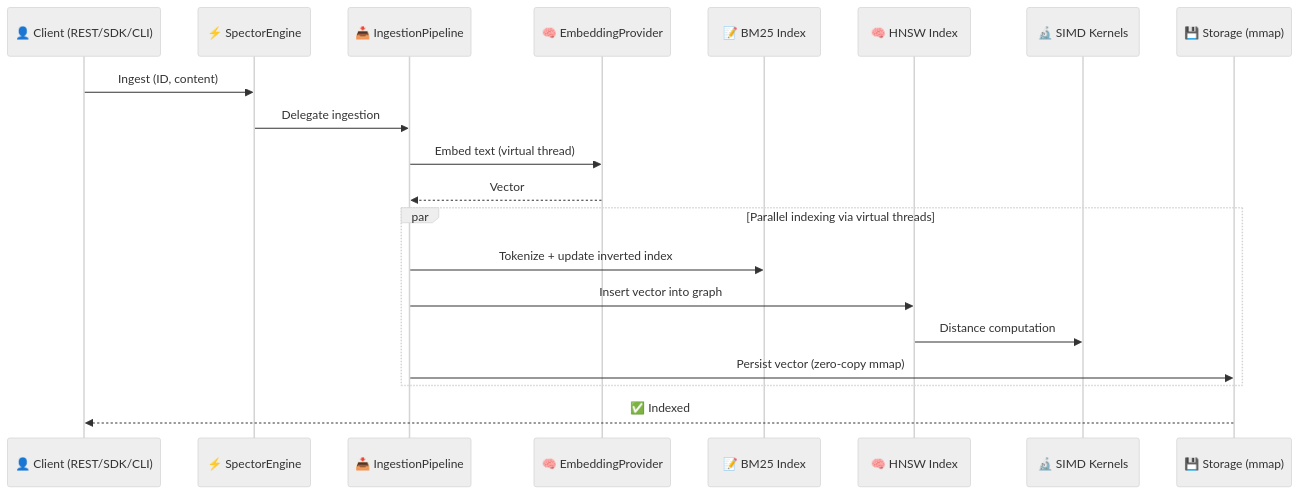
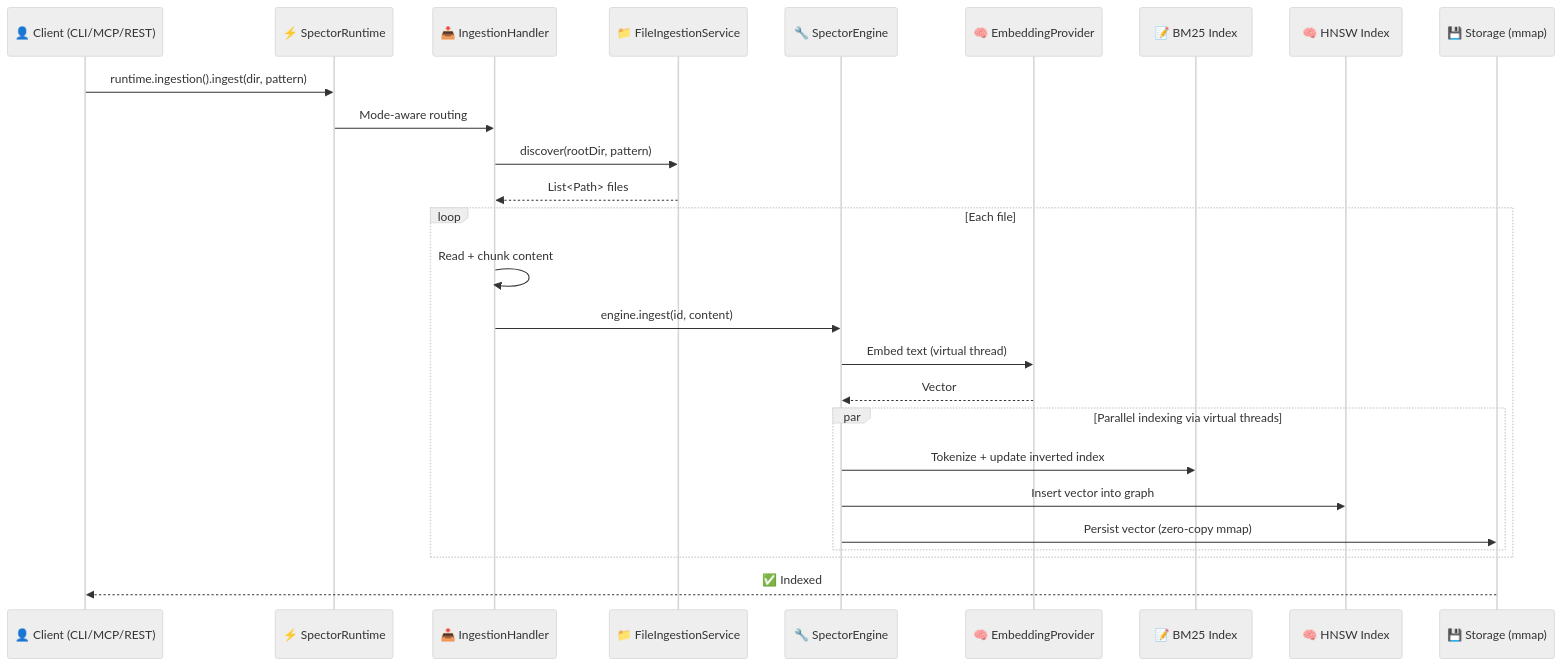
One commit to spectrayan/spector-search changed the third of 7 diagrams in docs/docs/architecture/overview.md. Above: the diagram before and after it, drawn with Mermaid (neutral theme). The commit also changed other lines of this file and 30 other files, not shown here.

````diff
--- a/docs/docs/architecture/overview.md
+++ b/docs/docs/architecture/overview.md
@@ -132,23 +131,29 @@
 ```mermaid
 sequenceDiagram
-    participant Client as 👤 Client (REST/SDK/CLI)
-    participant Engine as ⚡ SpectorEngine
-    participant Pipeline as 📥 IngestionPipeline
+    participant Client as 👤 Client (CLI/MCP/REST)
+    participant Runtime as ⚡ SpectorRuntime
+    participant Handler as 📥 IngestionHandler
+    participant Service as 📁 FileIngestionService
+    participant Engine as 🔧 SpectorEngine
     participant Embed as 🧠 EmbeddingProvider
     participant BM25 as 📝 BM25 Index
     participant HNSW as 🧠 HNSW Index
-    participant SIMD as 🔬 SIMD Kernels
     participant Store as 💾 Storage (mmap)
 
-    Client->>Engine: Ingest (ID, content)
-    Engine->>Pipeline: Delegate ingestion
-    Pipeline->>Embed: Embed text (virtual thread)
-    Embed-->>Pipeline: Vector
-    par Parallel indexing via virtual threads
-        Pipeline->>BM25: Tokenize + update inverted index
-        Pipeline->>HNSW: Insert vector into graph
-        HNSW->>SIMD: Distance computation
-        Pipeline->>Store: Persist vector (zero-copy mmap)
+    Client->>Runtime: runtime.ingestion().ingest(dir, pattern)
+    Runtime->>Handler: Mode-aware routing
+    Handler->>Service: discover(rootDir, pattern)
+    Service-->>Handler: List<Path> files
+    loop Each file
+        Handler->>Handler: Read + chunk content
+        Handler->>Engine: engine.ingest(id, content)
+        Engine->>Embed: Embed text (virtual thread)
+        Embed-->>Engine: Vector
+        par Parallel indexing via virtual threads
+            Engine->>BM25: Tokenize + update inverted index
+            Engine->>HNSW: Insert vector into graph
+            Engine->>Store: Persist vector (zero-copy mmap)
+        end
     end
     Store-->>Client: ✅ Indexed
 ```
````
